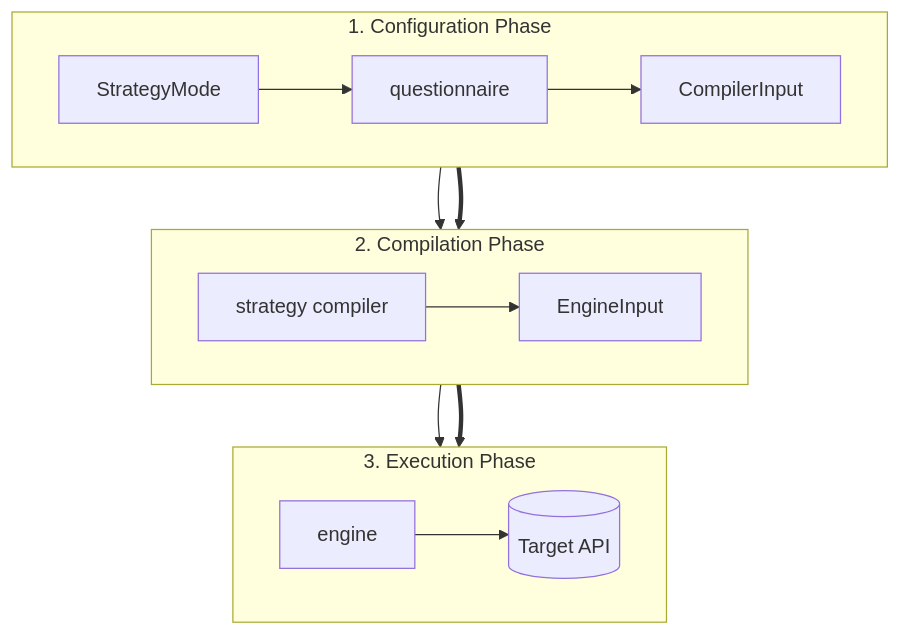
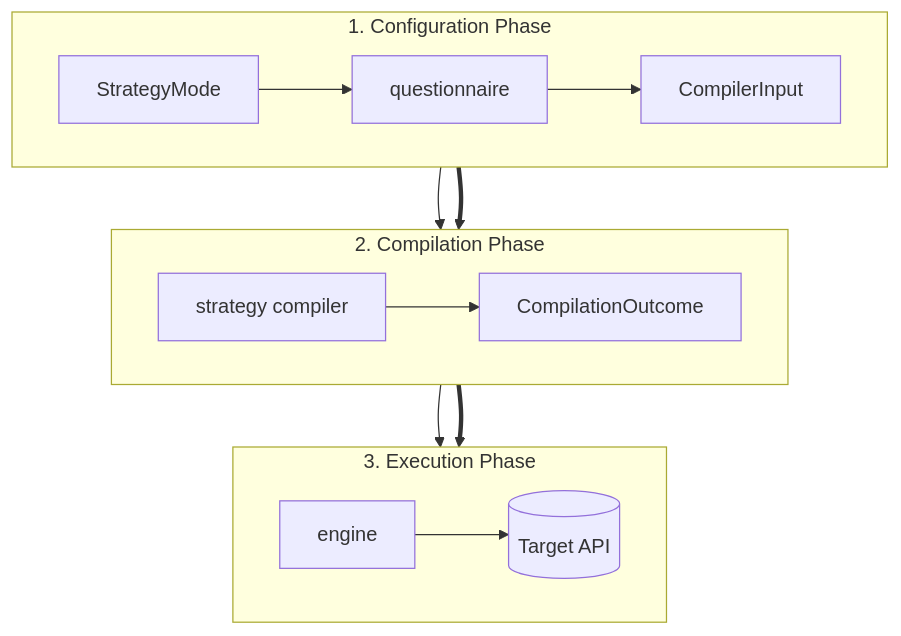
One commit to Spec-Forge-Testing/specforge-docs changed the diagram in docs/modules/custom-schemathesis/index.md. Above: the diagram before and after it, drawn with Mermaid. The commit also changed other lines of this file and 3 other files, not shown here.

First line of the commit message:
docs(custom-schemathesis): document partial compilation and the engine's honest signal

````diff
--- a/docs/modules/custom-schemathesis/index.md
+++ b/docs/modules/custom-schemathesis/index.md
@@ -17,23 +17,23 @@
 ```mermaid
 flowchart TD
     subgraph Config ["1. Configuration Phase"]
         direction LR
         SM["StrategyMode"] --> Q["questionnaire"]
         Q --> CI["CompilerInput"]
     end
 
     subgraph Compilation ["2. Compilation Phase"]
         direction LR
         CI --> SC["strategy compiler"]
-        SC --> EI["EngineInput"]
+        SC --> CO["CompilationOutcome"]
     end
 
     subgraph Execution ["3. Execution Phase"]
         direction LR
-        EI --> E["engine"]
+        CO --> E["engine"]
         E --> API[("Target API")]
     end
 
     Config ==> Compilation
     Compilation ==> Execution
 ```
````
